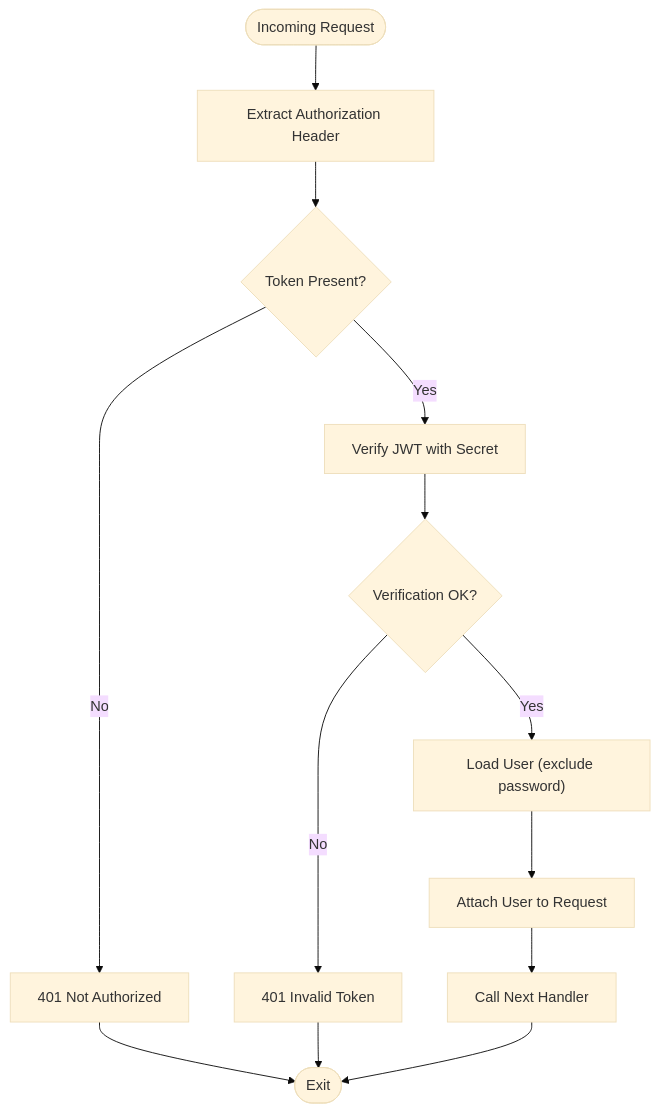
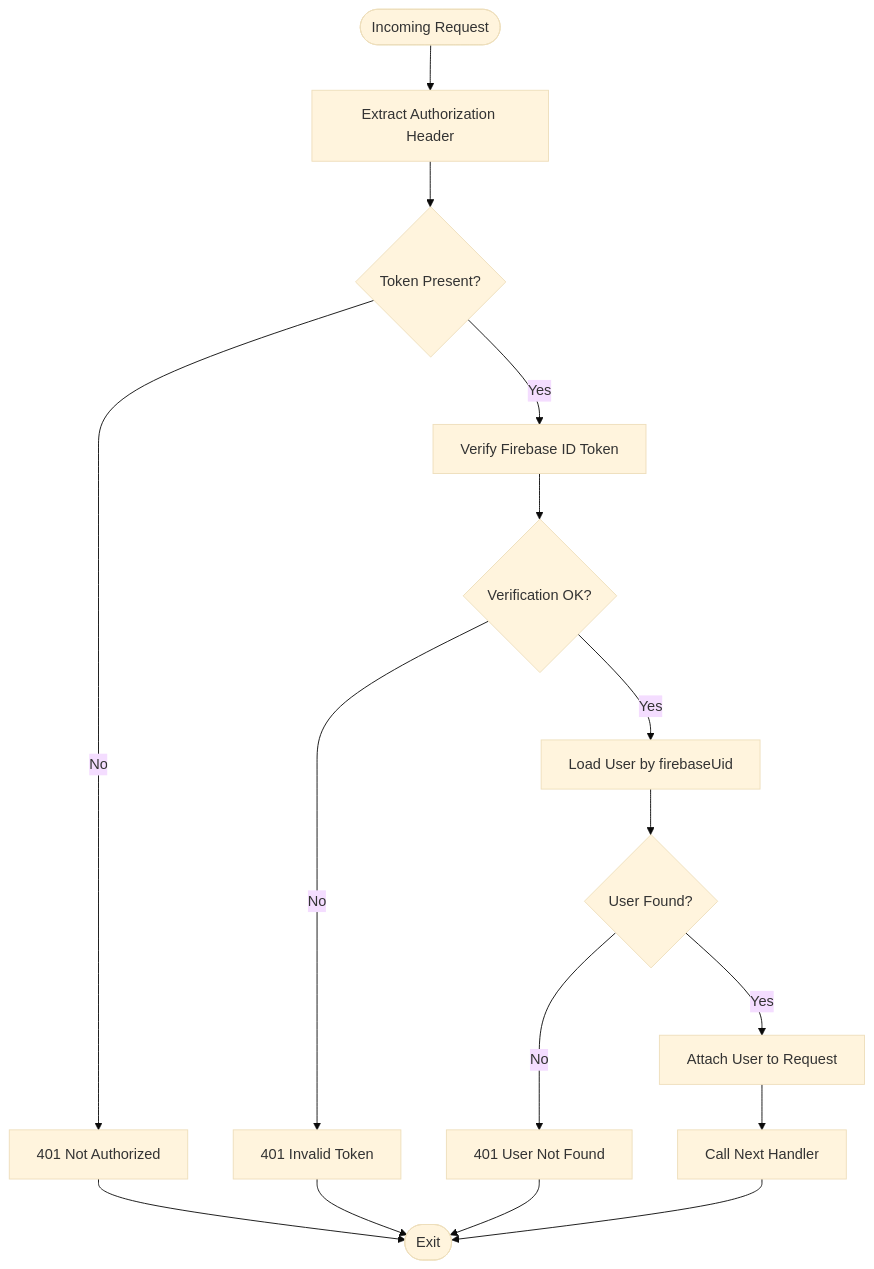
The third of 5 diagrams in .qoder/repowiki/en/content/Authentication & Authorization/JWT Token Flow & Management.md (Pavan-PSPK9032/TrendsandToss), drawn with Mermaid (base theme) before and after one commit. The commit also changed other lines of this file and 9 other files, not shown here.

````diff
--- a/.qoder/repowiki/en/content/Authentication & Authorization/JWT Token Flow & Management.md
+++ b/.qoder/repowiki/en/content/Authentication & Authorization/JWT Token Flow & Management.md
@@ -214,15 +234,18 @@
 ```mermaid
 flowchart TD
 Start(["Incoming Request"]) --> GetHeader["Extract Authorization Header"]
 GetHeader --> HasToken{"Token Present?"}
 HasToken --> |No| Unauthorized["401 Not Authorized"]
-HasToken --> |Yes| Verify["Verify JWT with Secret"]
+HasToken --> |Yes| Verify["Verify Firebase ID Token"]
 Verify --> Valid{"Verification OK?"}
 Valid --> |No| InvalidToken["401 Invalid Token"]
-Valid --> |Yes| LoadUser["Load User (exclude password)"]
-LoadUser --> Attach["Attach User to Request"]
+Valid --> |Yes| LoadUser["Load User by firebaseUid"]
+LoadUser --> UserFound{"User Found?"}
+UserFound --> |No| UserNotFound["401 User Not Found"]
+UserFound --> |Yes| Attach["Attach User to Request"]
 Attach --> Next["Call Next Handler"]
 Unauthorized --> End(["Exit"])
 InvalidToken --> End
+UserNotFound --> End
 Next --> End
 ```
````
